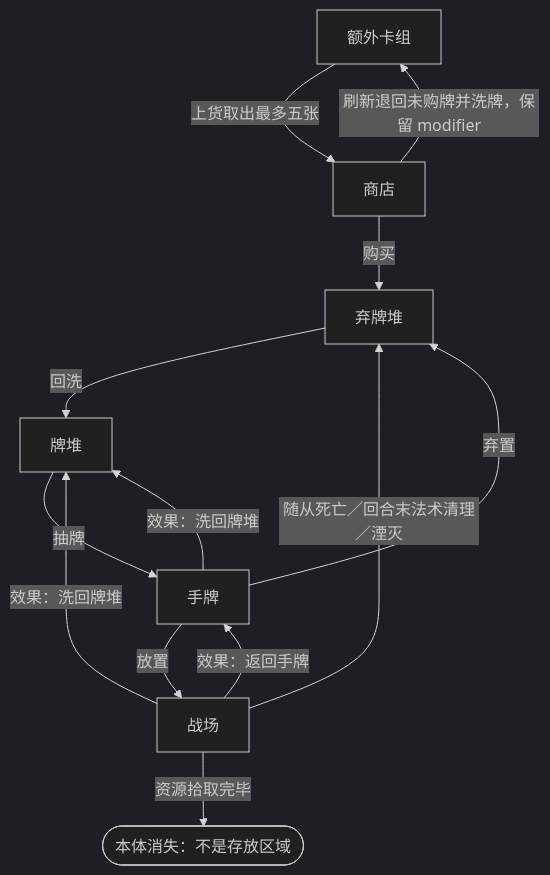
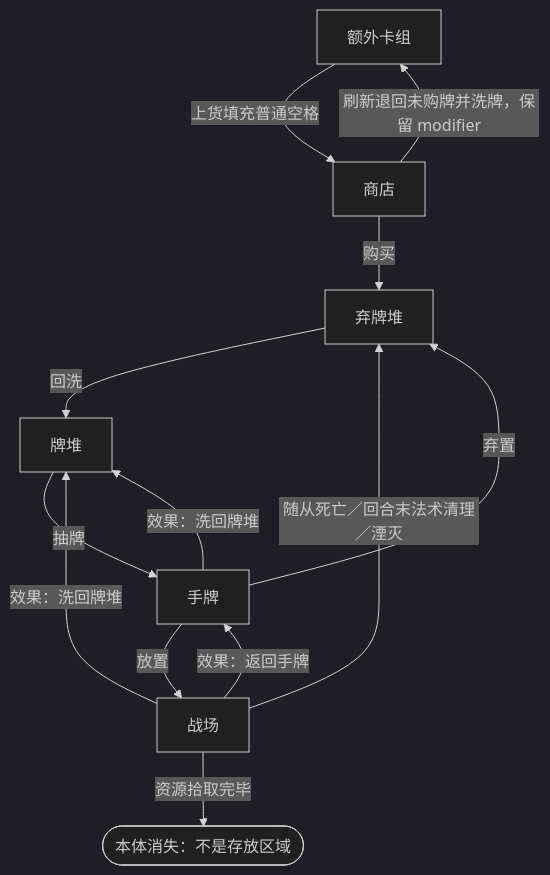
Before and after one commit to Time-Block-Hero/tbh-website: the first of 3 diagrams in docs/rules/common/elements.md, drawn with Mermaid (dark theme). The commit also changed other lines of this file and 33 other files, not shown here.

````diff
--- a/docs/rules/common/elements.md
+++ b/docs/rules/common/elements.md
@@ -205,15 +205,15 @@
 ```mermaid
 flowchart TD
-  extra["额外卡组"] -->|上货取出最多五张| shop["商店"]
+  extra["额外卡组"] -->|上货填充普通空格| shop["商店"]
   shop -->|刷新退回未购牌并洗牌，保留 modifier| extra
   shop -->|购买| discard["弃牌堆"]
   discard -->|回洗| deck["牌堆"]
   deck -->|抽牌| hand["手牌"]
   hand -->|放置| field["战场"]
   hand -->|弃置| discard
   field -->|随从死亡／回合末法术清理／湮灭| discard
   field -->|效果：返回手牌| hand
   hand -->|效果：洗回牌堆| deck
   field -->|效果：洗回牌堆| deck
   field -->|资源拾取完毕| gone(["本体消失：不是存放区域"])
 ```
````
